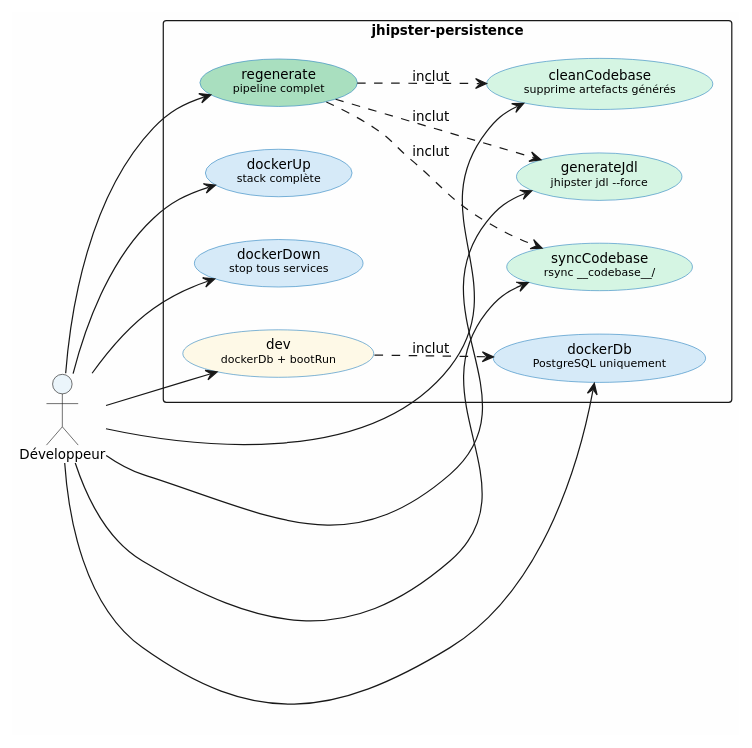
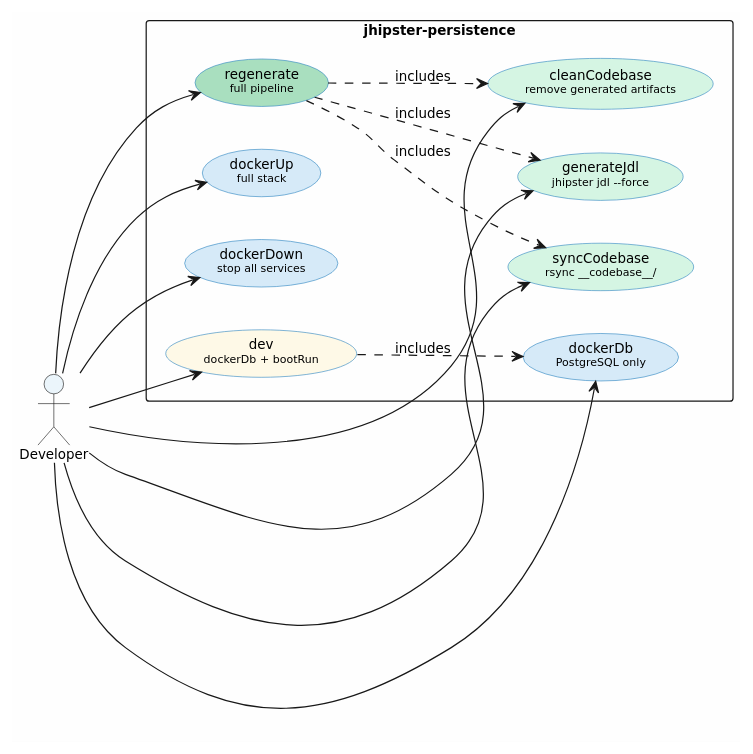
The fifth of 11 diagrams in persistence/README.adoc (cheroliv/jhipster-gradle-plugins), drawn with PlantUML before and after one commit. The commit also changed other lines of this file and 2 other files, not shown here.

Commit message:
🔧 docs(*README*.adoc): Update README with English translations and plugin ID change to com.cheroliv.jhipster.persistence.

```diff
--- a/persistence/README.adoc
+++ b/persistence/README.adoc
@@ -274,46 +274,46 @@
 [plantuml, tasks-overview, svg]
 ....
 @startuml
 skinparam backgroundColor #FEFEFE
 skinparam defaultFontName "DejaVu Sans"
 skinparam defaultFontSize 11
 
 skinparam usecase {
   BackgroundColor #FDFEFE
   BorderColor     #2E86C1
 }
 skinparam actor {
   BackgroundColor #EBF5FB
 }
 
 left to right direction
 
-actor Développeur as dev
+actor Developer as dev
 
 rectangle "jhipster-persistence" {
-  usecase "regenerate\n<size:9>pipeline complet</size>"              as regenerate #A9DFBF
-  usecase "cleanCodebase\n<size:9>supprime artefacts générés</size>" as clean      #D5F5E3
-  usecase "generateJdl\n<size:9>jhipster jdl --force</size>"        as generate   #D5F5E3
-  usecase "syncCodebase\n<size:9>rsync __codebase__/</size>"        as sync       #D5F5E3
-  usecase "dockerDb\n<size:9>PostgreSQL uniquement</size>"           as dockerDb   #D6EAF8
-  usecase "dockerUp\n<size:9>stack complète</size>"                  as dockerUp   #D6EAF8
-  usecase "dockerDown\n<size:9>stop tous services</size>"            as dockerDown #D6EAF8
-  usecase "dev\n<size:9>dockerDb + bootRun</size>"                   as dev2       #FEF9E7
+  usecase "regenerate\n<size:9>full pipeline</size>"               as regenerate #A9DFBF
+  usecase "cleanCodebase\n<size:9>remove generated artifacts</size>" as clean    #D5F5E3
+  usecase "generateJdl\n<size:9>jhipster jdl --force</size>"       as generate  #D5F5E3
+  usecase "syncCodebase\n<size:9>rsync __codebase__/</size>"       as sync      #D5F5E3
+  usecase "dockerDb\n<size:9>PostgreSQL only</size>"               as dockerDb  #D6EAF8
+  usecase "dockerUp\n<size:9>full stack</size>"                    as dockerUp  #D6EAF8
+  usecase "dockerDown\n<size:9>stop all services</size>"           as dockerDown #D6EAF8
+  usecase "dev\n<size:9>dockerDb + bootRun</size>"                 as dev2      #FEF9E7
 }
 
 dev --> regenerate
 dev --> clean
 dev --> generate
 dev --> sync
 dev --> dockerDb
 dev --> dockerUp
 dev --> dockerDown
 dev --> dev2
 
-regenerate ..> clean   : inclut
-regenerate ..> generate : inclut
-regenerate ..> sync    : inclut
-dev2       ..> dockerDb : inclut
+regenerate ..> clean    : includes
+regenerate ..> generate : includes
+regenerate ..> sync     : includes
+dev2       ..> dockerDb : includes
 
 @enduml
 ....
```
